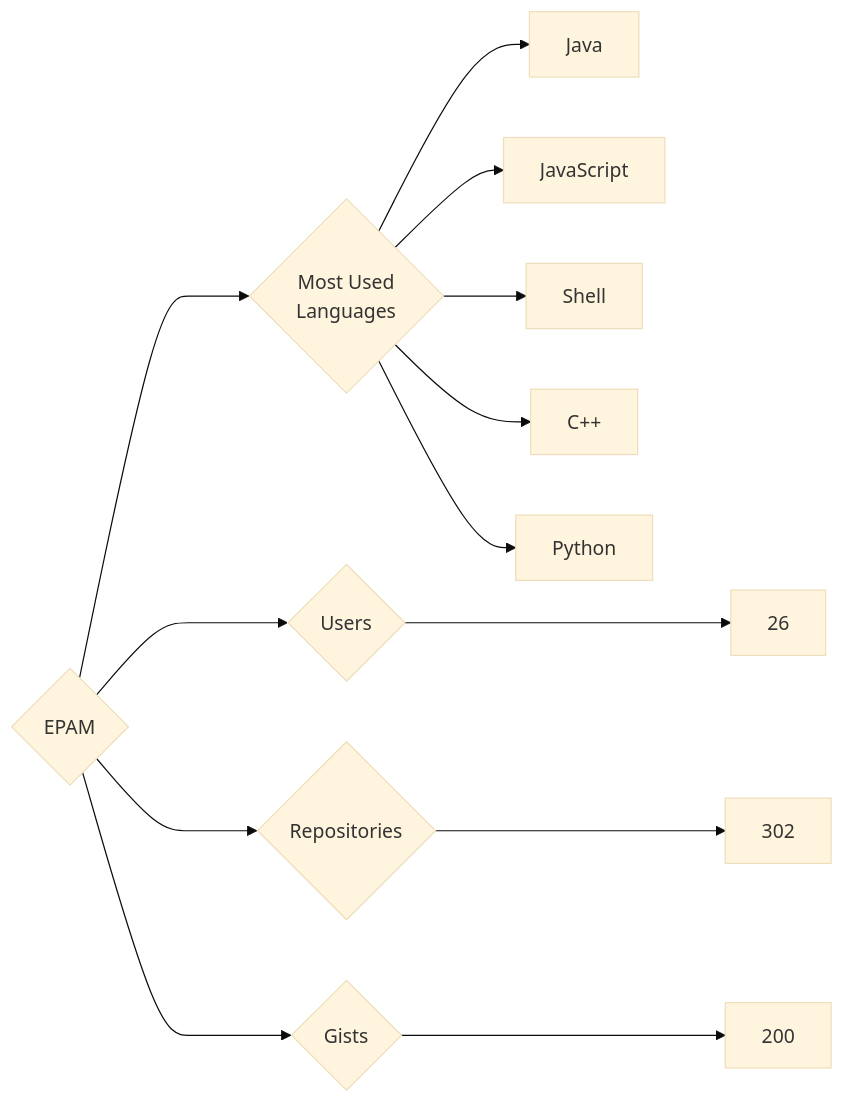
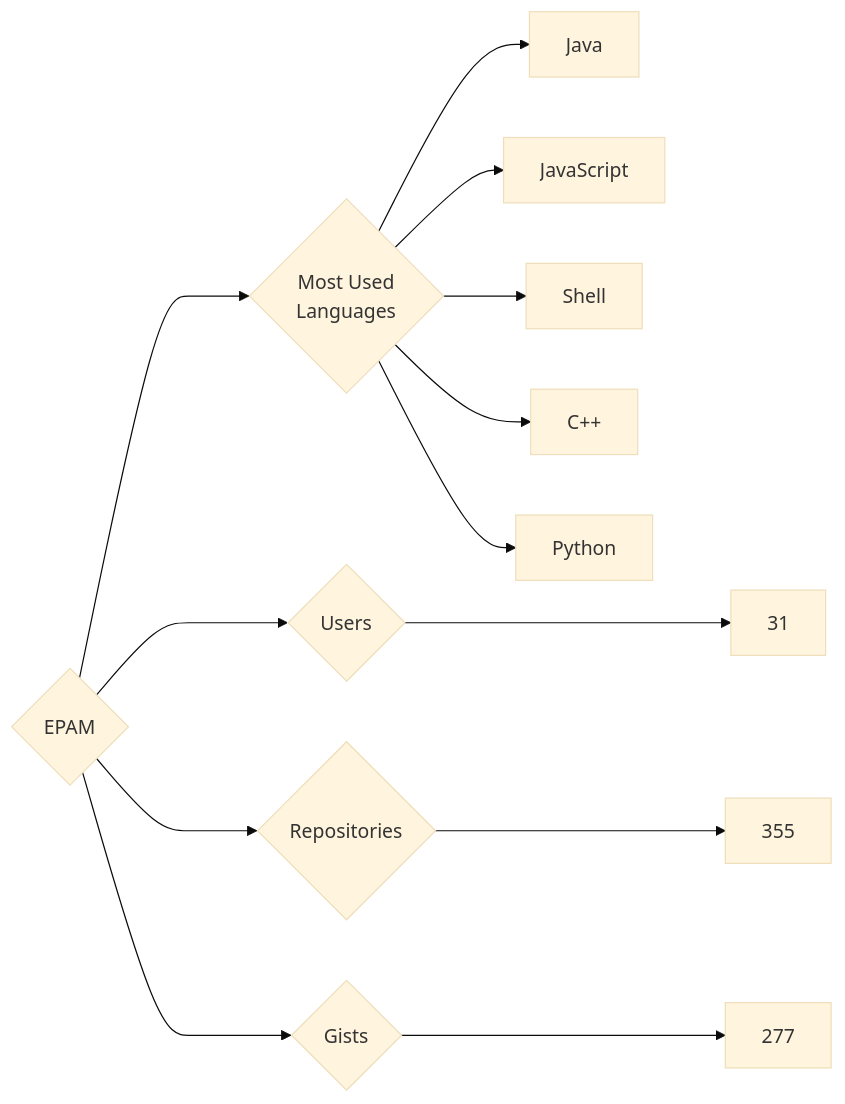
The diagram in targets/EPAM/README.md (trickest/insiders), drawn with Mermaid (base theme) before and after one commit. The commit also changed 899 other files, not shown here.

````diff
--- a/targets/EPAM/README.md
+++ b/targets/EPAM/README.md
@@ -3,13 +3,13 @@
 ```mermaid
 graph LR
 COMPANY_NAME{EPAM}
-COMPANY_NAME ---> U{Users} ---> UN[26]
-COMPANY_NAME ---> R{Repositories} ---> RN[302]
-COMPANY_NAME ---> G{Gists} ---> GN[200]
+COMPANY_NAME ---> U{Users} ---> UN[31]
+COMPANY_NAME ---> R{Repositories} ---> RN[355]
+COMPANY_NAME ---> G{Gists} ---> GN[277]
 COMPANY_NAME ---> ML{Most Used<br>Languages}
 ML --> Java[Java]
 ML --> JavaScript[JavaScript]
 ML --> Shell[Shell]
 ML --> C++[C++]
 ML --> Python[Python]
 ```
````
